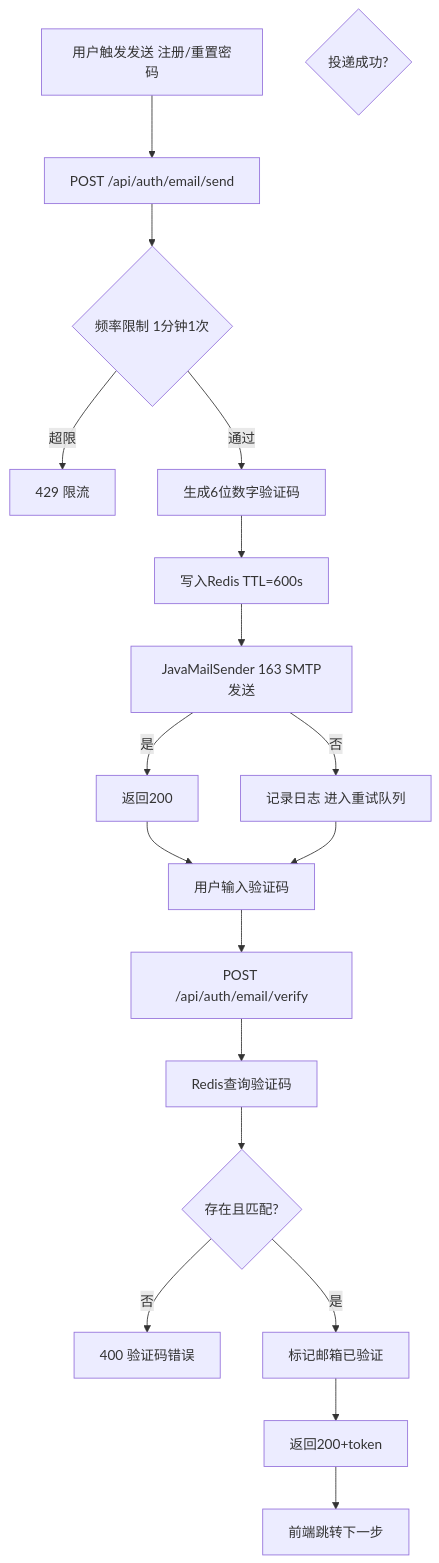
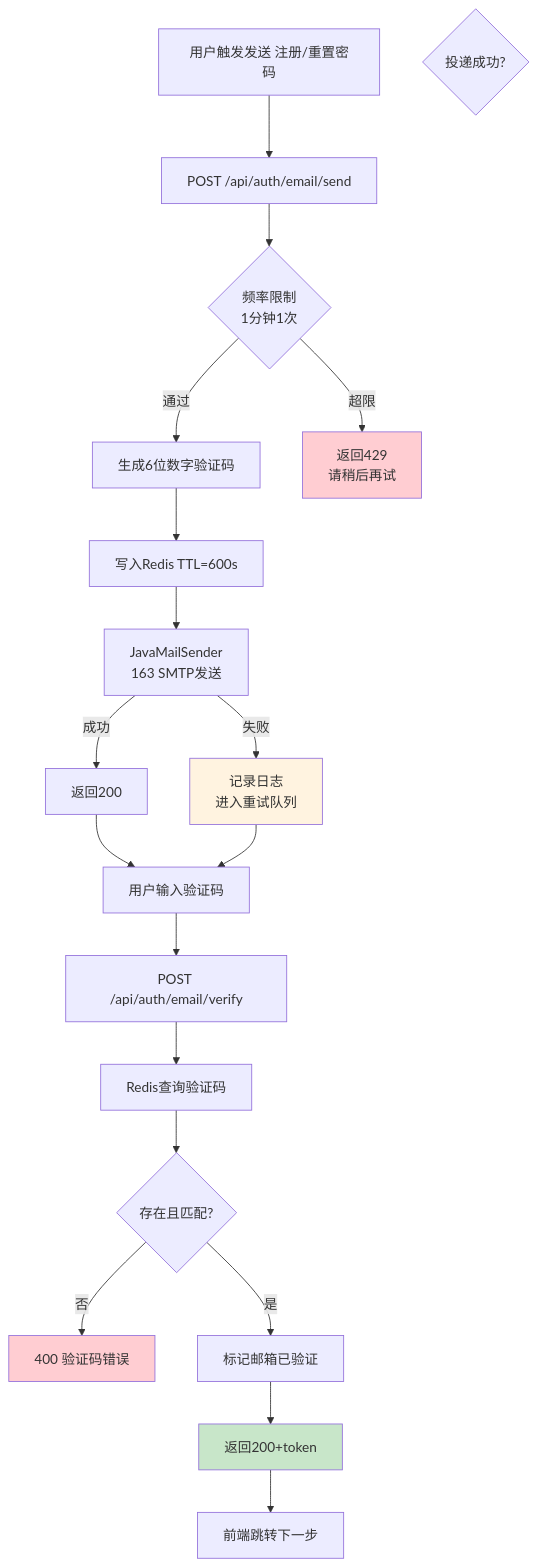
Diagram 28 of 30 in docs/项目图表.md (zwj-3193655211/campus-LostandFound), drawn with Mermaid before and after one commit.

Commit message:
fix: 重新设计第26图邮箱验证流程

````diff
--- a/docs/项目图表.md
+++ b/docs/项目图表.md
@@ -1406,39 +1406,43 @@
 ```mermaid
 flowchart TD
     A[用户触发发送 注册/重置密码]
     B[POST /api/auth/email/send]
-    C{频率限制 1分钟1次}
-    C1[429 限流]
+    C{频率限制<br/>1分钟1次}
     D[生成6位数字验证码]
     E[写入Redis TTL=600s]
-    F[JavaMailSender 163 SMTP发送]
+    F[JavaMailSender<br/>163 SMTP发送]
     G{投递成功?}
     H[返回200]
-    I[记录日志 进入重试队列]
+    I[记录日志<br/>进入重试队列]
     J[用户输入验证码]
     K[POST /api/auth/email/verify]
     L[Redis查询验证码]
     M{存在且匹配?}
     N[400 验证码错误]
     O[标记邮箱已验证]
     P[返回200+token]
     Q[前端跳转下一步]
 
     A --> B
     B --> C
-    C -->|超限| C1
+    C -->|超限| R1[返回429<br/>请稍后再试]
     C -->|通过| D
     D --> E
     E --> F
-    F -->|是| H
-    F -->|否| I
+    F -->|成功| H
+    F -->|失败| I
     H --> J
     I --> J
     J --> K
     K --> L
     L --> M
     M -->|否| N
     M -->|是| O
     O --> P
     P --> Q
+
+    style R1 fill:#ffcdd2
+    style I fill:#fff3e0
+    style N fill:#ffcdd2
+    style P fill:#c8e6c9
 ```
````
